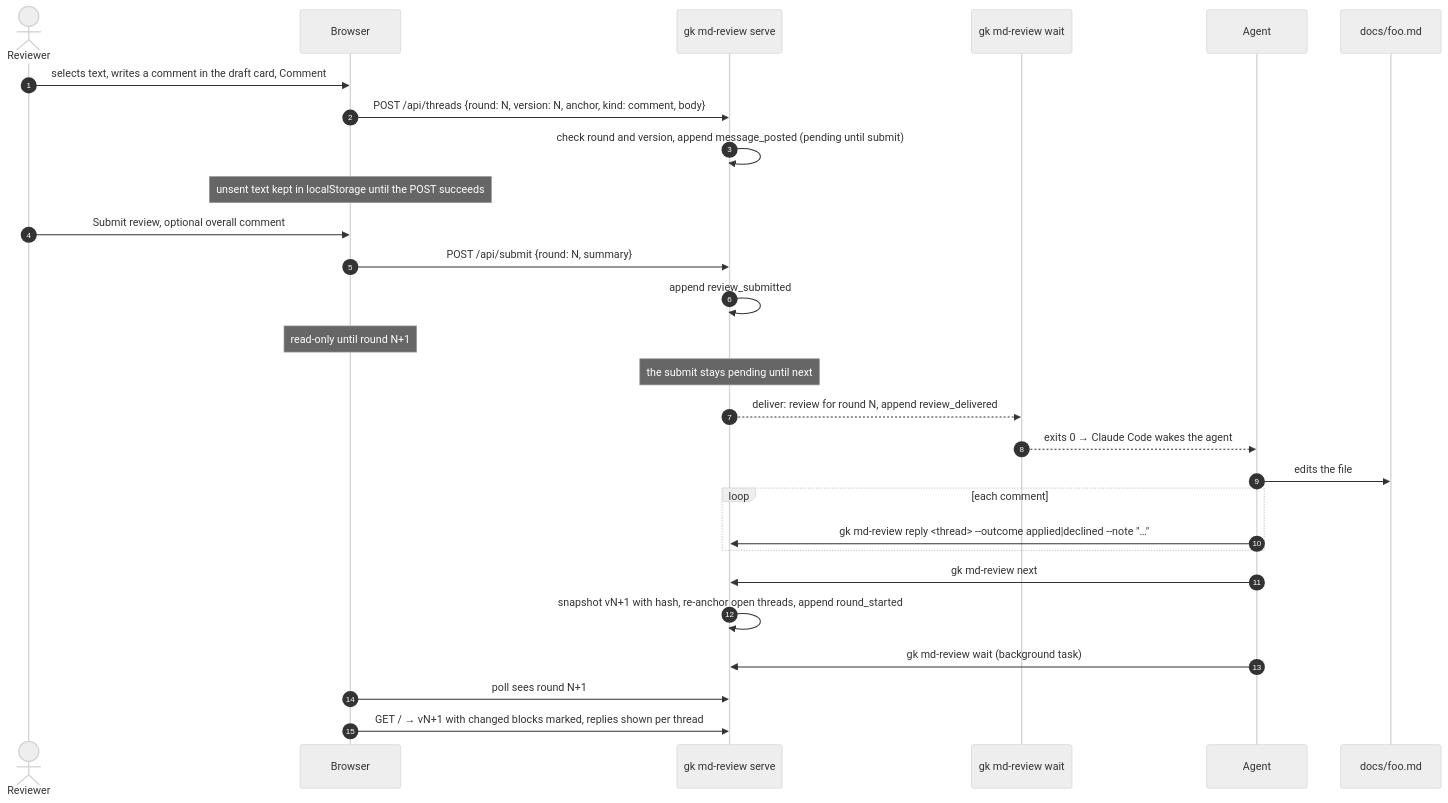
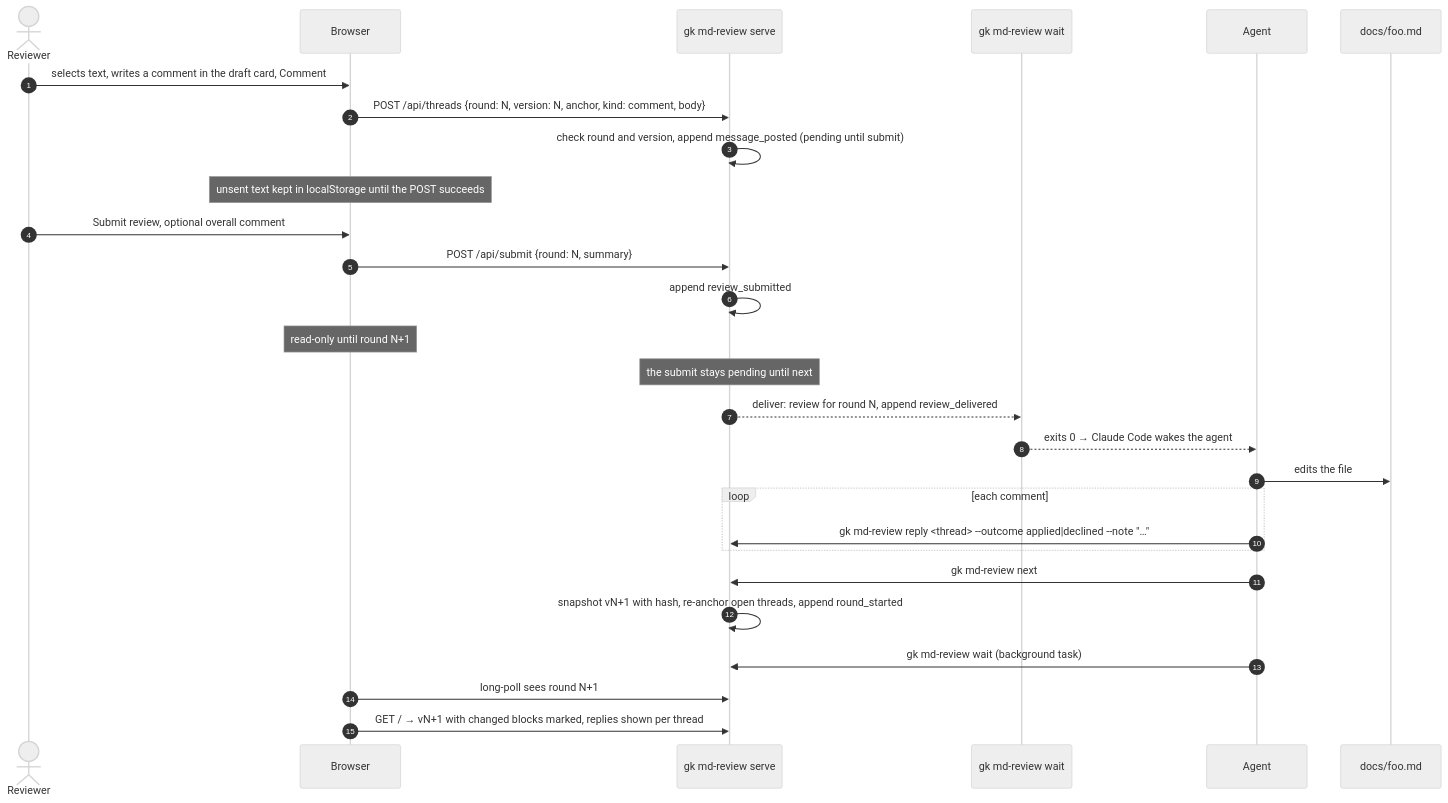
Before and after one commit to msurkovsky/gist: the fifth of 7 diagrams in docs/design/md-review-hld.md, drawn with Mermaid (neutral theme). The commit also changed other lines of this file, not shown here.

````diff
--- a/docs/design/md-review-hld.md
+++ b/docs/design/md-review-hld.md
@@ -260,31 +260,31 @@
 ```mermaid
 sequenceDiagram
   autonumber
   actor H as Reviewer
   participant B as Browser
   participant S as gk md-review serve
   participant W as gk md-review wait
   participant A as Agent
   participant F as docs/foo.md
 
   H->>B: selects text, writes a comment in the draft card, Comment
   B->>S: POST /api/threads {round: N, version: N, anchor, kind: comment, body}
   S->>S: check round and version, append message_posted (pending until submit)
   Note over B: unsent text kept in localStorage until the POST succeeds
   H->>B: Submit review, optional overall comment
   B->>S: POST /api/submit {round: N, summary}
   S->>S: append review_submitted
   Note over B: read-only until round N+1
   Note over S: the submit stays pending until next
   S-->>W: deliver: review for round N, append review_delivered
   W-->>A: exits 0 → Claude Code wakes the agent
   A->>F: edits the file
   loop each comment
     A->>S: gk md-review reply <thread> --outcome applied|declined --note "…"
   end
   A->>S: gk md-review next
   S->>S: snapshot vN+1 with hash, re-anchor open threads, append round_started
   A->>S: gk md-review wait (background task)
-  B->>S: poll sees round N+1
+  B->>S: long-poll sees round N+1
   B->>S: GET / → vN+1 with changed blocks marked, replies shown per thread
 ```
````
